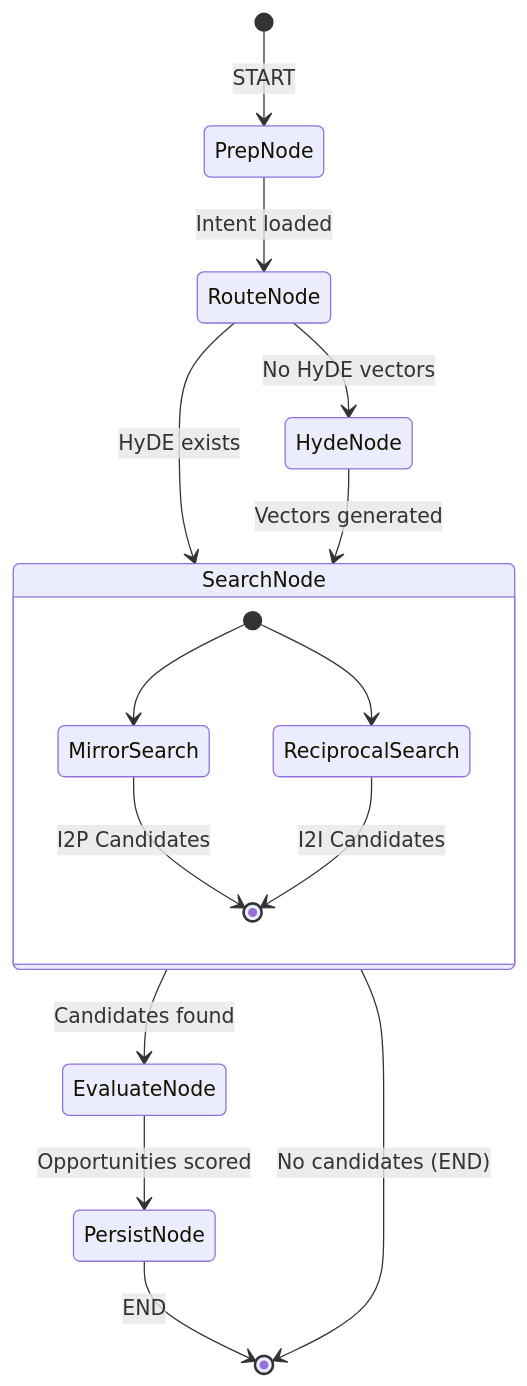
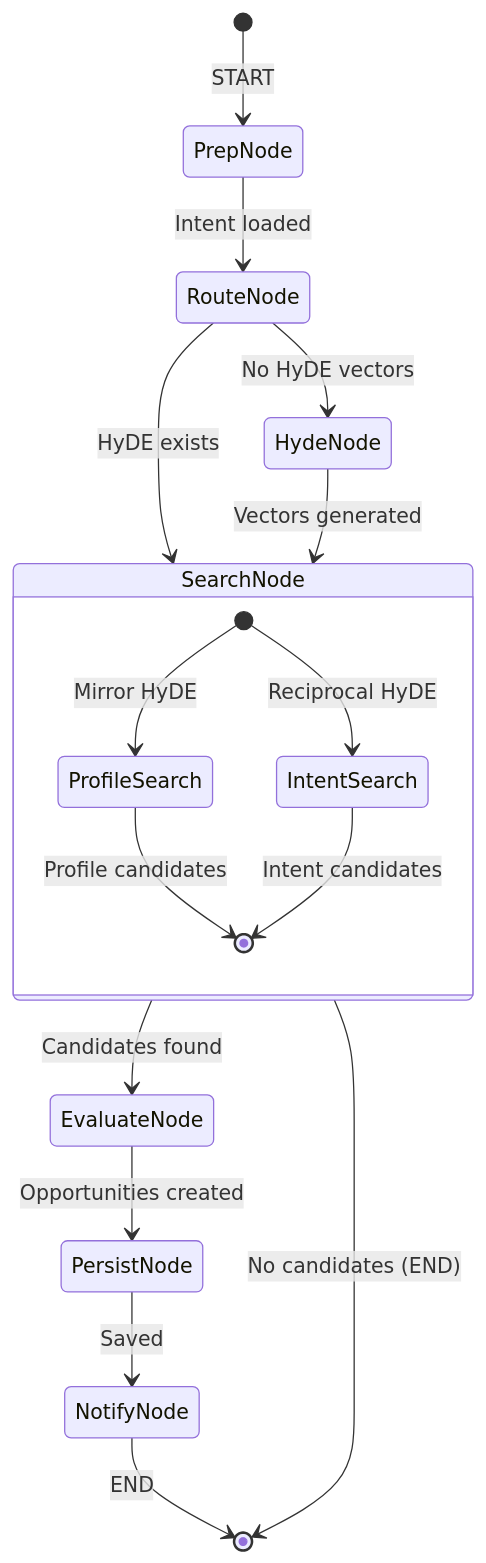
Before and after one commit to yanekyuk/index: the fourth of 7 diagrams in protocol/plans/opportunity-redesign-plan.md, drawn with Mermaid. The commit also changed other lines of this file, not shown here.

````diff
--- a/protocol/plans/opportunity-redesign-plan.md
+++ b/protocol/plans/opportunity-redesign-plan.md
@@ -471,26 +764,28 @@
 ```mermaid
 stateDiagram-v2
     [*] --> PrepNode: START
     
     PrepNode --> RouteNode: Intent loaded
     
     state RouteNode <<choice>>
     RouteNode --> HydeNode: No HyDE vectors
     RouteNode --> SearchNode: HyDE exists
     
     HydeNode --> SearchNode: Vectors generated
     
     state SearchNode {
-        [*] --> MirrorSearch
-        [*] --> ReciprocalSearch
-        MirrorSearch --> [*]: I2P Candidates
-        ReciprocalSearch --> [*]: I2I Candidates
+        [*] --> ProfileSearch: Mirror HyDE
+        [*] --> IntentSearch: Reciprocal HyDE
+        ProfileSearch --> [*]: Profile candidates
+        IntentSearch --> [*]: Intent candidates
     }
     
     SearchNode --> EvaluateNode: Candidates found
     SearchNode --> [*]: No candidates (END)
     
-    EvaluateNode --> PersistNode: Opportunities scored
+    EvaluateNode --> PersistNode: Opportunities created
     
-    PersistNode --> [*]: END
+    PersistNode --> NotifyNode: Saved
+    
+    NotifyNode --> [*]: END
 ```
````
